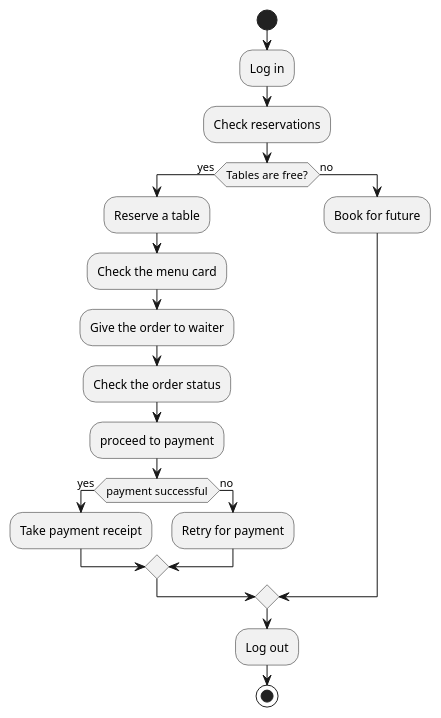
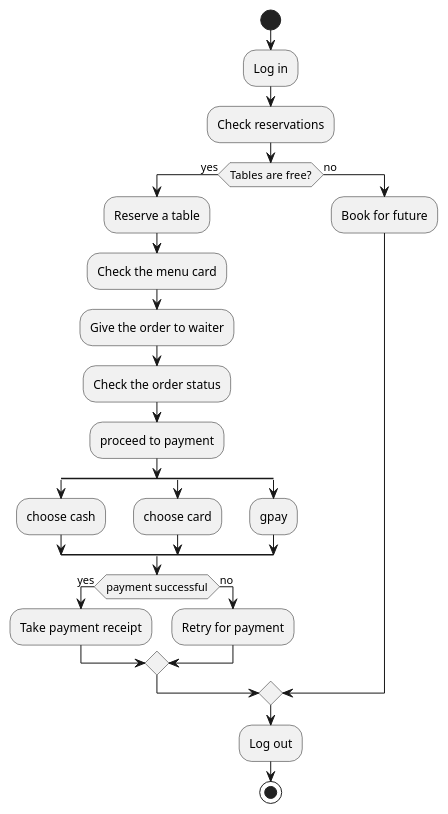
One commit to vinu-2001/RestaurantUMLDigrams changed the diagram in UMLTest/Activity.puml. Above: the diagram before and after it, drawn with PlantUML.

Commit message:
Fork restaurant uml

```diff
--- a/UMLTest/Activity.puml
+++ b/UMLTest/Activity.puml
@@ -1,22 +1,28 @@
 @startuml
 start
 :Log in;
 :Check reservations;
 if (Tables are free?) then (yes)
     :Reserve a table;
     :Check the menu card;
     :Give the order to waiter;
     :Check the order status;
     :proceed to payment;
+    split
+        :choose cash;
+    split again
+        :choose card;
+    split again
+        :gpay;
+    end split
     if(payment successful) then (yes)
         :Take payment receipt;
     else (no)
         :Retry for payment;
     endif
 else (no)
     :Book for future;
 endif
-
 :Log out;
 stop
 @enduml
```
